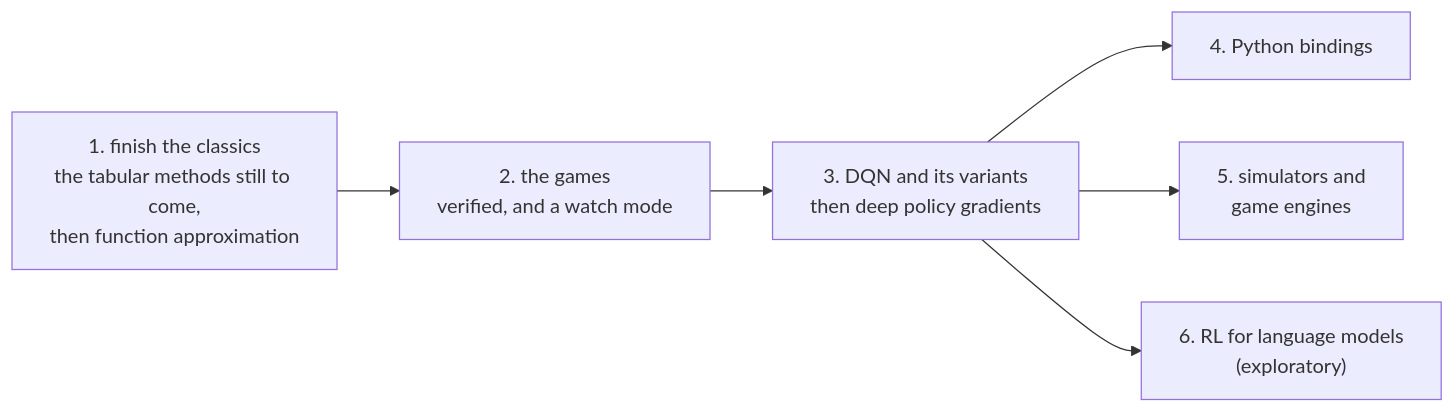
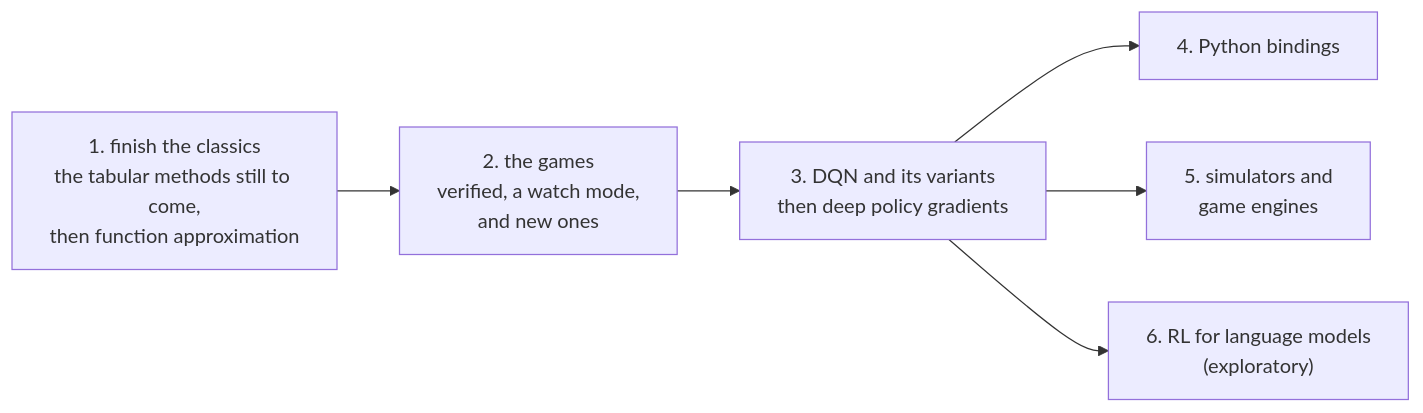
The diagram in docs/ROADMAP.md (alexge233/relearn), drawn with Mermaid before and after one commit. The commit also changed other lines of this file, not shown here.

First line of the commit message:
Roadmap: new games, the superoptimiser, and the game engines

````diff
--- a/docs/ROADMAP.md
+++ b/docs/ROADMAP.md
@@ -12,13 +12,13 @@
 ```mermaid
 flowchart LR
     classic["1. finish the classics<br/>the tabular methods still to come,<br/>then function approximation"]
-    games["2. the games<br/>verified, and a watch mode"]
+    games["2. the games<br/>verified, a watch mode,<br/>and new ones"]
     deep["3. DQN and its variants<br/>then deep policy gradients"]
     python["4. Python bindings"]
     sims["5. simulators and<br/>game engines"]
     llm["6. RL for language models<br/>(exploratory)"]
     classic --> games --> deep
     deep --> python
     deep --> sims
     deep --> llm
 ```
````
